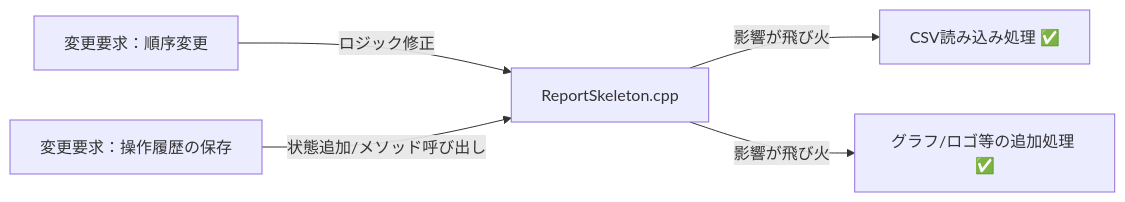
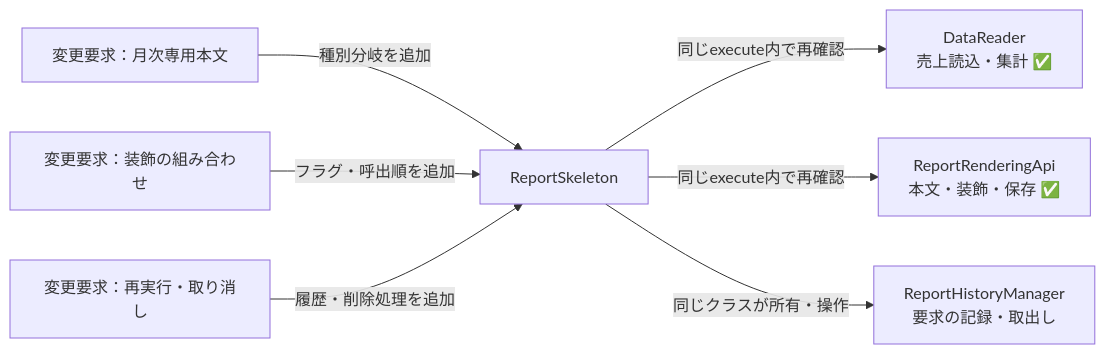
One commit to kumachan1101-pixel/DesignPattern changed the fifth of 12 diagrams in kindle/design-patterns/output/chapter11.md. Above: the diagram before and after it, drawn with Mermaid. The commit also changed other lines of this file and 3 other files, not shown here.

Commit message:
docs: revise chapters 11 and 12 review flow

````diff
--- a/kindle/design-patterns/output/chapter11.md
+++ b/kindle/design-patterns/output/chapter11.md
@@ -708,7 +975,9 @@
 ```mermaid
 graph LR
-    T1["変更要求：順序変更"] -->|"ロジック修正"| B["ReportSkeleton.cpp"]
-    T2["変更要求：操作履歴の保存"] -->|"状態追加/メソッド呼び出し"| B
-    B -->|"影響が飛び火"| C["CSV読み込み処理 ✅"]
-    B -->|"影響が飛び火"| D["グラフ/ロゴ等の追加処理 ✅"]
+    T1["変更要求：月次専用本文"] -->|"種別分岐を追加"| B["ReportSkeleton"]
+    T2["変更要求：装飾の組み合わせ"] -->|"フラグ・呼出順を追加"| B
+    T3["変更要求：再実行・取り消し"] -->|"履歴・削除処理を追加"| B
+    B -->|"同じexecute内で再確認"| C["DataReader<br>売上読込・集計 ✅"]
+    B -->|"同じexecute内で再確認"| D["ReportRenderingApi<br>本文・装飾・保存 ✅"]
+    B -->|"同じクラスが所有・操作"| E["ReportHistoryManager<br>要求の記録・取出し"]
 ```
````
